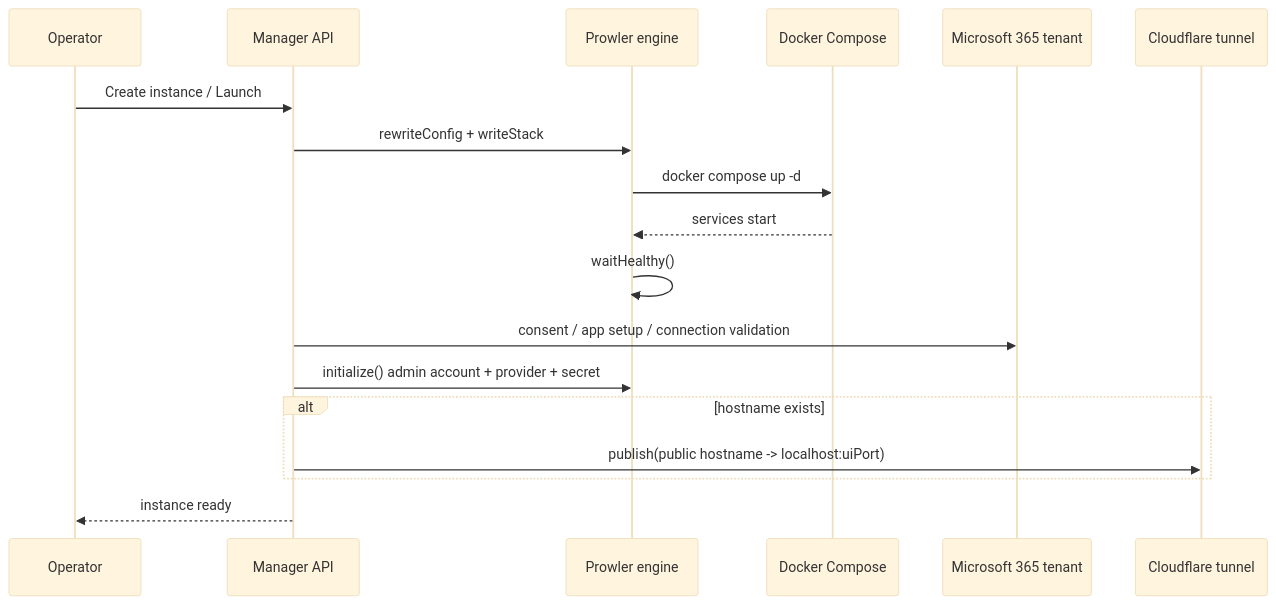
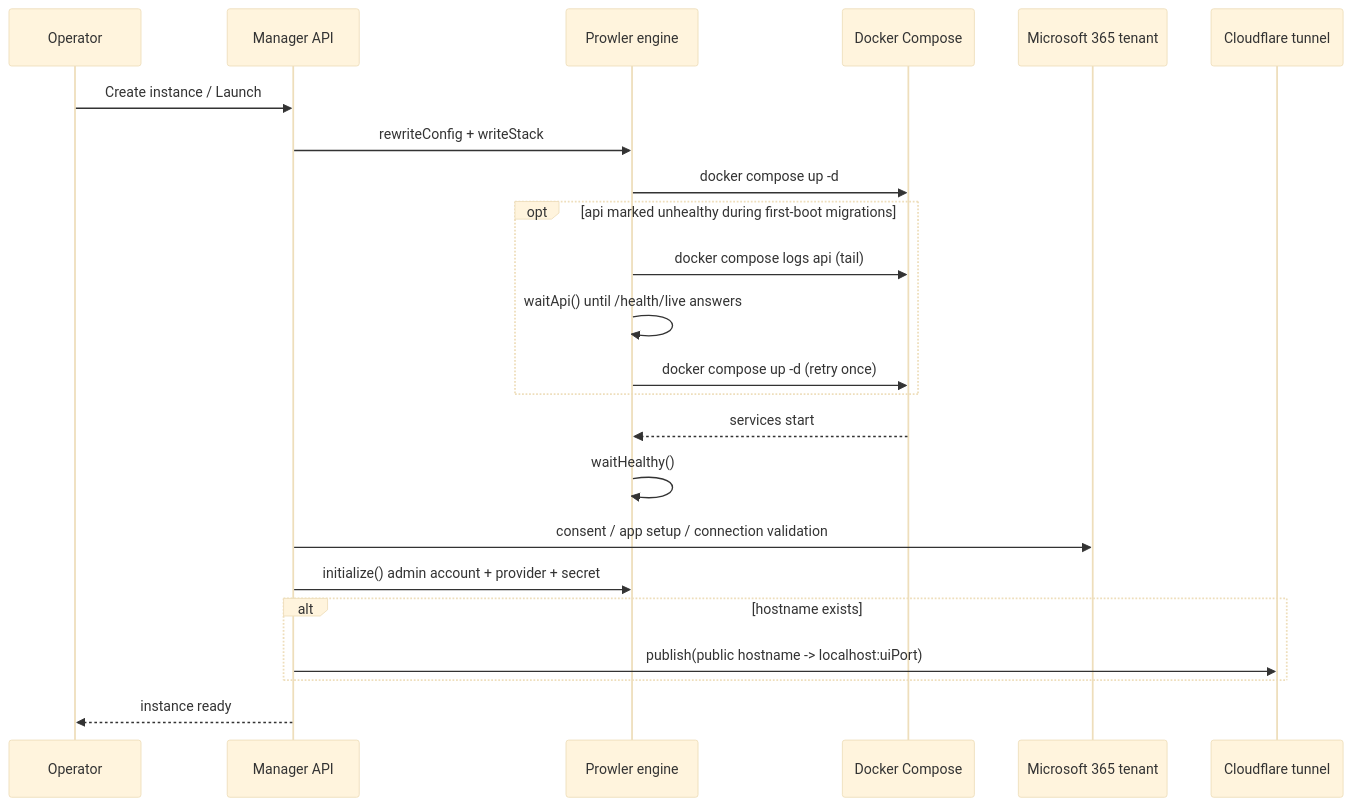
One commit to lotrasoft/prowler-manage changed the second of 5 diagrams in docs/application-flow.md. Above: the diagram before and after it, drawn with Mermaid (base theme). The commit also changed 3 other files, not shown here.

Commit message:
feat: enhance deployment and startup process with improved health checks and retry logic

````diff
--- a/docs/application-flow.md
+++ b/docs/application-flow.md
@@ -29,21 +29,26 @@
 ```mermaid
 sequenceDiagram
     participant Admin as Operator
     participant Server as Manager API
     participant Prowler as Prowler engine
     participant Docker as Docker Compose
     participant M365 as Microsoft 365 tenant
     participant CF as Cloudflare tunnel
 
     Admin->>Server: Create instance / Launch
     Server->>Prowler: rewriteConfig + writeStack
     Prowler->>Docker: docker compose up -d
+    opt api marked unhealthy during first-boot migrations
+        Prowler->>Docker: docker compose logs api (tail)
+        Prowler->>Prowler: waitApi() until /health/live answers
+        Prowler->>Docker: docker compose up -d (retry once)
+    end
     Docker-->>Prowler: services start
     Prowler->>Prowler: waitHealthy()
     Server->>M365: consent / app setup / connection validation
     Server->>Prowler: initialize() admin account + provider + secret
     alt hostname exists
         Server->>CF: publish(public hostname -> localhost:uiPort)
     end
     Server-->>Admin: instance ready
 ```
````
